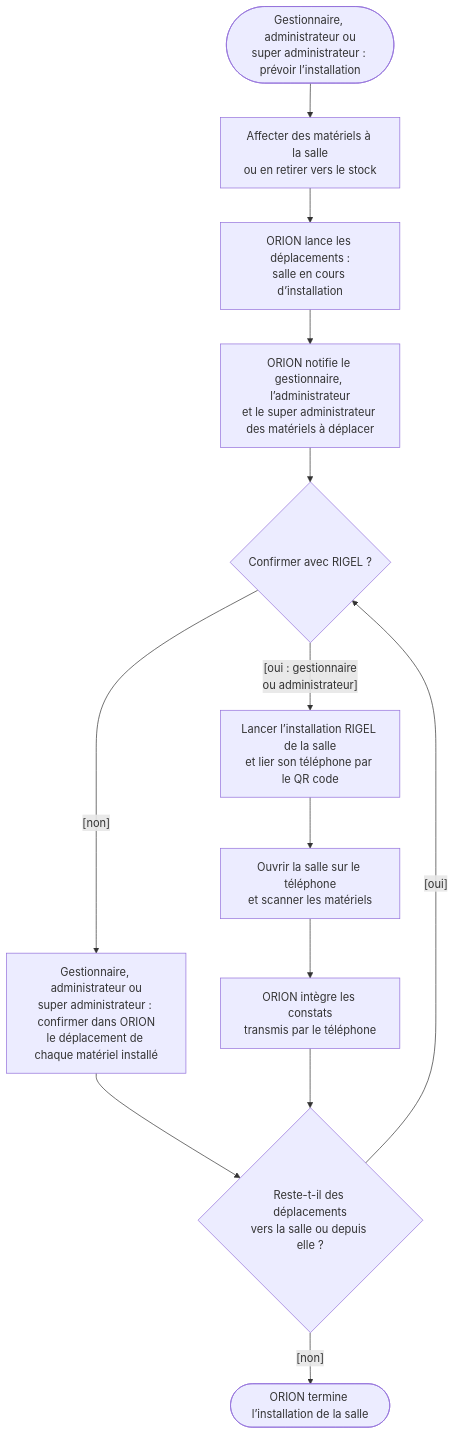
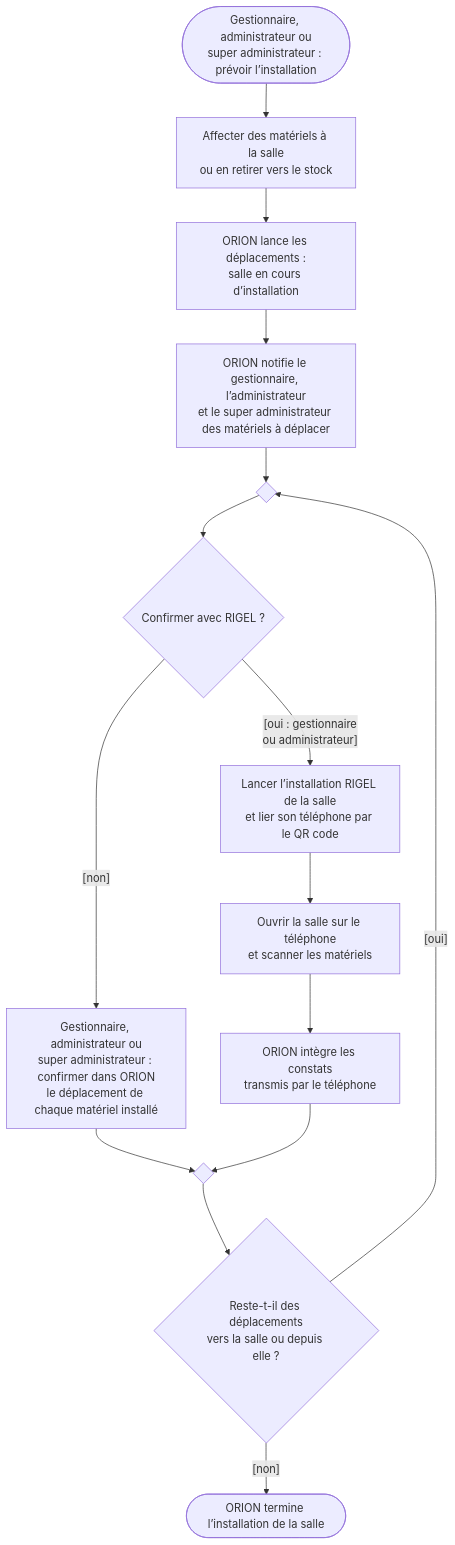
Before and after one commit to bpierrelouis/aster: the ninth of 10 diagrams in docs/02-ANALYSE/01-MODELISATION-METIER/02-DIAGRAMMES-ACTIVITE.md, drawn with Mermaid. The commit also changed other lines of this file and 20 other files, not shown here.

Commit message:
docs(diagrammes): corriger la notation et les multiplicités des diagrammes UML

````diff
--- a/docs/02-ANALYSE/01-MODELISATION-METIER/02-DIAGRAMMES-ACTIVITE.md
+++ b/docs/02-ANALYSE/01-MODELISATION-METIER/02-DIAGRAMMES-ACTIVITE.md
@@ -175,15 +176,17 @@
 ```mermaid
 flowchart TD
     debut(["Gestionnaire, administrateur ou<br/>super administrateur : prévoir l’installation"]) --> affecter["Affecter des matériels à la salle<br/>ou en retirer vers le stock"]
     affecter --> deplacements["ORION lance les déplacements :<br/>salle en cours d’installation"]
     deplacements --> notifier["ORION notifie le gestionnaire, l’administrateur<br/>et le super administrateur des matériels à déplacer"]
-    notifier --> mode{"Confirmer avec RIGEL ?"}
+    notifier --> fusionMode{" "}
+    fusionMode --> mode{"Confirmer avec RIGEL ?"}
     mode -->|"[non]"| confirmer["Gestionnaire, administrateur ou<br/>super administrateur : confirmer dans ORION<br/>le déplacement de chaque matériel installé"]
     mode -->|"[oui : gestionnaire<br/>ou administrateur]"| lier["Lancer l’installation RIGEL de la salle<br/>et lier son téléphone par le QR code"]
     lier --> scanner["Ouvrir la salle sur le téléphone<br/>et scanner les matériels"]
     scanner --> integrer["ORION intègre les constats<br/>transmis par le téléphone"]
-    confirmer --> reste{"Reste-t-il des déplacements<br/>vers la salle ou depuis elle ?"}
-    integrer --> reste
-    reste -->|"[oui]"| mode
+    confirmer --> fusionReste{" "}
+    integrer --> fusionReste
+    fusionReste --> reste{"Reste-t-il des déplacements<br/>vers la salle ou depuis elle ?"}
+    reste -->|"[oui]"| fusionMode
     reste -->|"[non]"| terminee(["ORION termine l’installation de la salle"])
 ```
````
